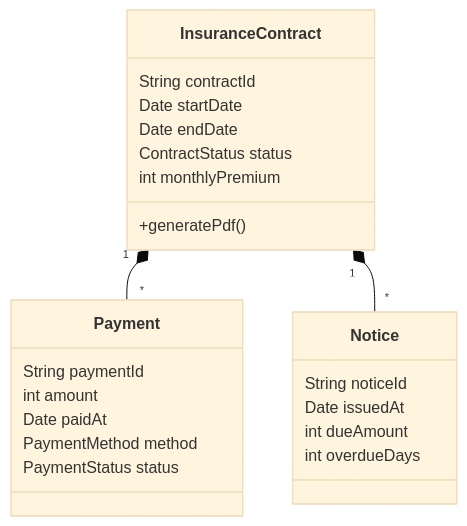
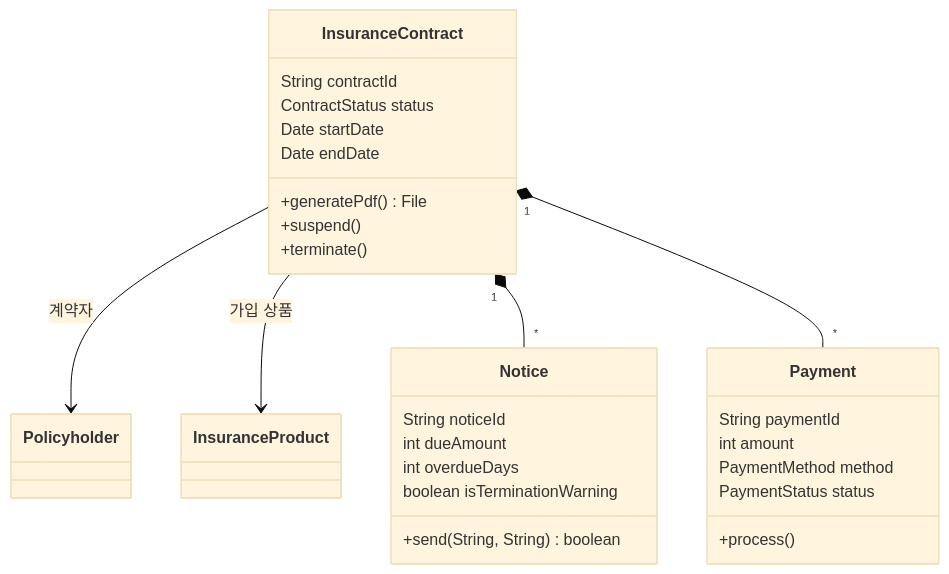
One commit to heyoonyoon/distributed-programming changed the diagram in docs/presentation/diagrams/clusters/contract-design.mmd. Above: the diagram before and after it, drawn with Mermaid (base theme). The commit also changed 24 other files, not shown here.

First line of the commit message:
발표 비교 슬라이드 전면 재작도: 설계·코드 양쪽을 EA풍 베이지 다이어그램으로 깔끔하게 다시 그림

```diff
--- a/docs/presentation/diagrams/clusters/contract-design.mmd
+++ b/docs/presentation/diagrams/clusters/contract-design.mmd
@@ -1,25 +1,31 @@
 classDiagram
 direction TB
 class InsuranceContract {
   String contractId
+  ContractStatus status
   Date startDate
   Date endDate
-  ContractStatus status
-  int monthlyPremium
-  +generatePdf()
+  +generatePdf() File
+  +suspend()
+  +terminate()
+}
+class Policyholder
+class InsuranceProduct
+class Notice {
+  String noticeId
+  int dueAmount
+  int overdueDays
+  boolean isTerminationWarning
+  +send(String, String) boolean
 }
 class Payment {
   String paymentId
   int amount
-  Date paidAt
   PaymentMethod method
   PaymentStatus status
+  +process()
 }
-class Notice {
-  String noticeId
-  Date issuedAt
-  int dueAmount
-  int overdueDays
-}
+InsuranceContract --> Policyholder : 계약자
+InsuranceContract --> InsuranceProduct : 가입 상품
+InsuranceContract "1" *-- "*" Notice
 InsuranceContract "1" *-- "*" Payment
-InsuranceContract "1" *-- "*" Notice
```
